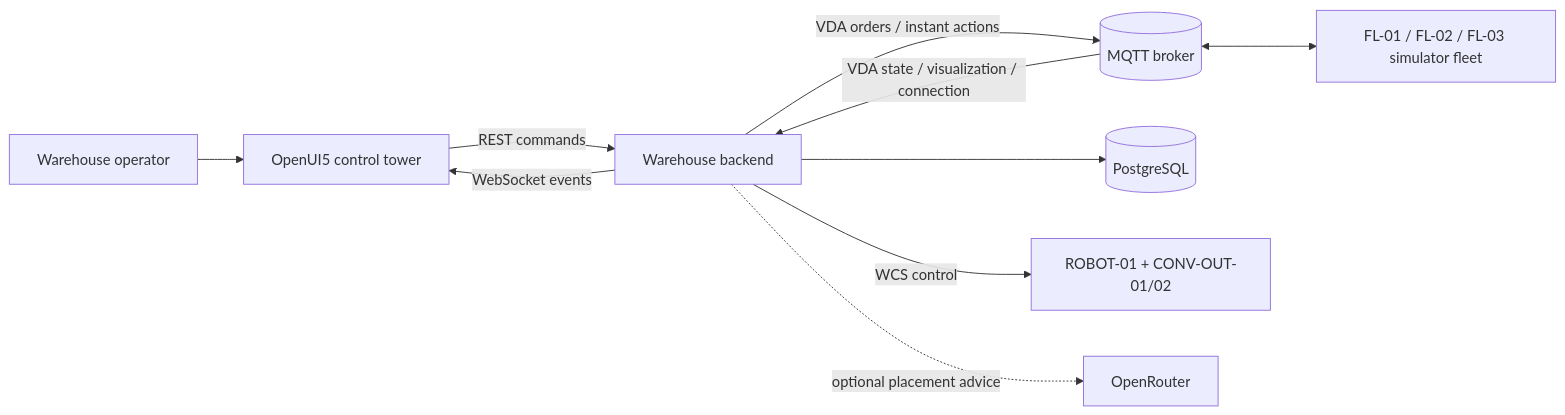
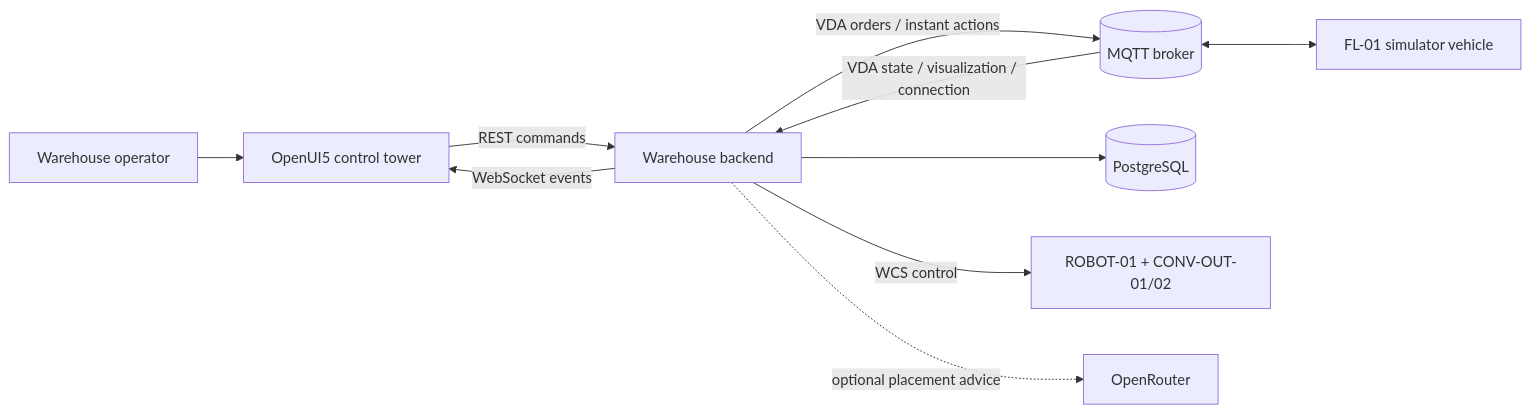
Before and after one commit to krisshkodrani/wharehouse-visualiser: the first of 2 diagrams in docs/ARCHITECTURE.md, drawn with Mermaid. The commit also changed other lines of this file and 7 other files, not shown here.

````diff
--- a/docs/ARCHITECTURE.md
+++ b/docs/ARCHITECTURE.md
@@ -5,12 +5,12 @@
 ```mermaid
 flowchart LR
   Operator[Warehouse operator] --> UI[OpenUI5 control tower]
   UI -->|REST commands| Backend[Warehouse backend]
   Backend -->|WebSocket events| UI
   Backend -->|VDA orders / instant actions| MQTT[(MQTT broker)]
   MQTT -->|VDA state / visualization / connection| Backend
-  MQTT <--> Fleet[FL-01 / FL-02 / FL-03 simulator fleet]
+  MQTT <--> Fleet[FL-01 simulator vehicle]
   Backend --> DB[(PostgreSQL)]
   Backend -->|WCS control| Cell[ROBOT-01 + CONV-OUT-01/02]
   Backend -. optional placement advice .-> AI[OpenRouter]
 ```
````
